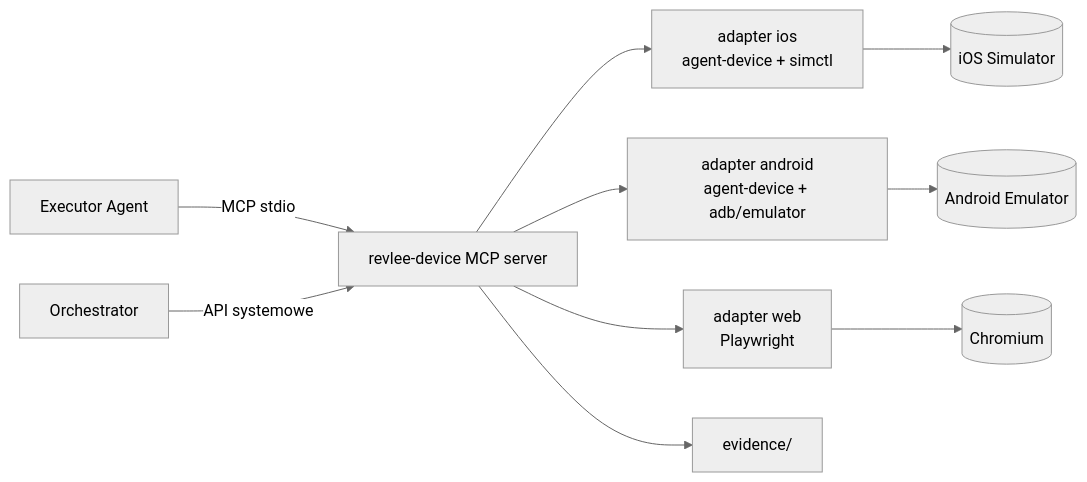
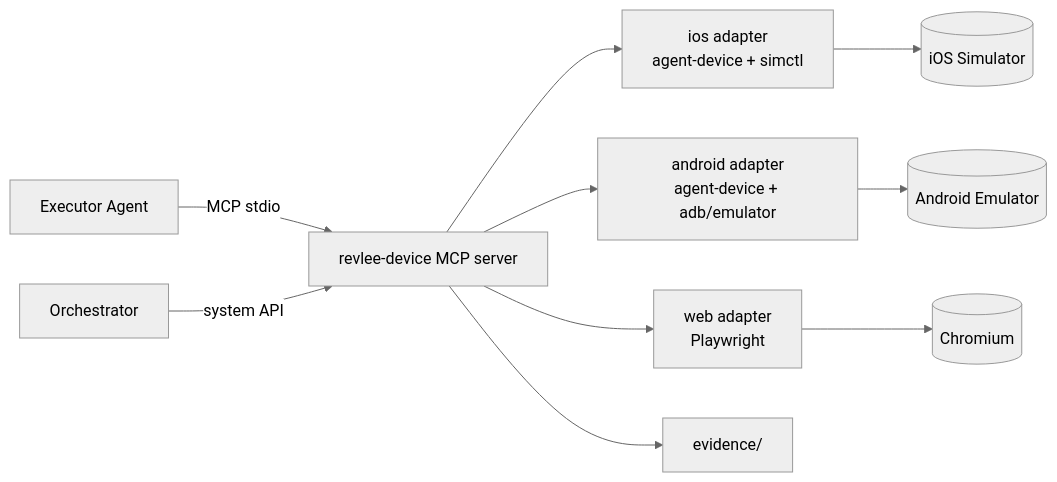
The diagram in docs/07-device-and-build-layer.md (Thioby/revlee), drawn with Mermaid (neutral theme) before and after one commit. The commit also changed other lines of this file and 1 other file, not shown here.

````diff
--- a/docs/07-device-and-build-layer.md
+++ b/docs/07-device-and-build-layer.md
@@ -45,12 +45,12 @@
 ```mermaid
 flowchart LR
   EX[Executor Agent] -->|MCP stdio| MCP[revlee-device MCP server]
-  ORCH[Orchestrator] -->|API systemowe| MCP
-  MCP --> IOS[adapter ios<br/>agent-device + simctl]
-  MCP --> AND[adapter android<br/>agent-device + adb/emulator]
-  MCP --> WEB[adapter web<br/>Playwright]
+  ORCH[Orchestrator] -->|system API| MCP
+  MCP --> IOS[ios adapter<br/>agent-device + simctl]
+  MCP --> AND[android adapter<br/>agent-device + adb/emulator]
+  MCP --> WEB[web adapter<br/>Playwright]
   IOS --> SIM[(iOS Simulator)]
   AND --> EMU[(Android Emulator)]
   WEB --> CHR[(Chromium)]
   MCP --> EV[evidence/]
 ```
````
